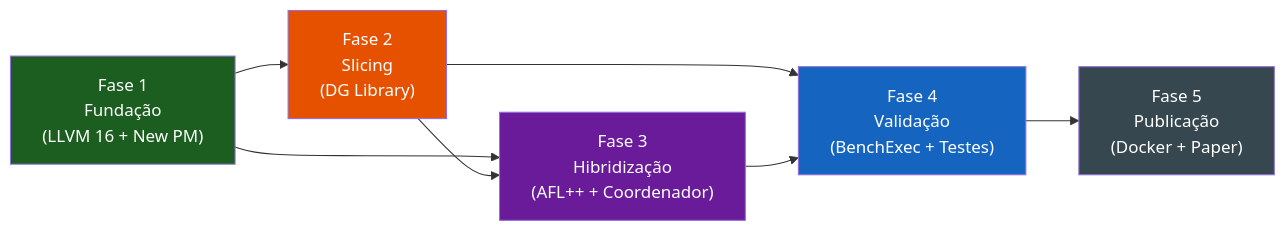
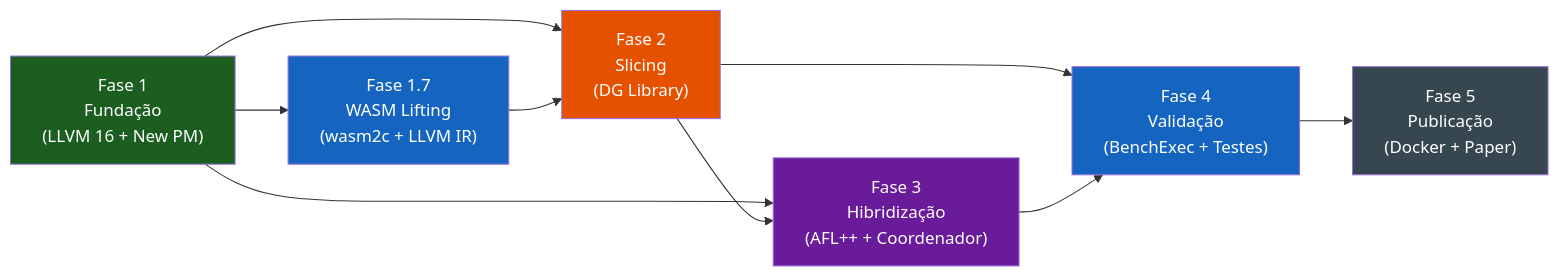
One commit to hbgit/Map2Check changed the third of 3 diagrams in docs/map2check_migration_plan.md. Above: the diagram before and after it, drawn with Mermaid. The commit also changed other lines of this file and 10 other files, not shown here.

````diff
--- a/docs/map2check_migration_plan.md
+++ b/docs/map2check_migration_plan.md
@@ -420,21 +477,25 @@
 ```mermaid
 graph LR
     F1["Fase 1<br/>Fundação<br/>(LLVM 16 + New PM)"]
+    F1W["Fase 1.7<br/>WASM Lifting<br/>(wasm2c + LLVM IR)"]
     F2["Fase 2<br/>Slicing<br/>(DG Library)"]
     F3["Fase 3<br/>Hibridização<br/>(AFL++ + Coordenador)"]
     F4["Fase 4<br/>Validação<br/>(BenchExec + Testes)"]
     F5["Fase 5<br/>Publicação<br/>(Docker + Paper)"]
 
+    F1 --> F1W
     F1 --> F2
     F1 --> F3
+    F1W --> F2
     F2 --> F3
     F2 --> F4
     F3 --> F4
     F4 --> F5
 
     style F1 fill:#1b5e20,color:#fff
+    style F1W fill:#1565c0,color:#fff
     style F2 fill:#e65100,color:#fff
     style F3 fill:#6a1b9a,color:#fff
     style F4 fill:#1565c0,color:#fff
     style F5 fill:#37474f,color:#fff
 ```
````
